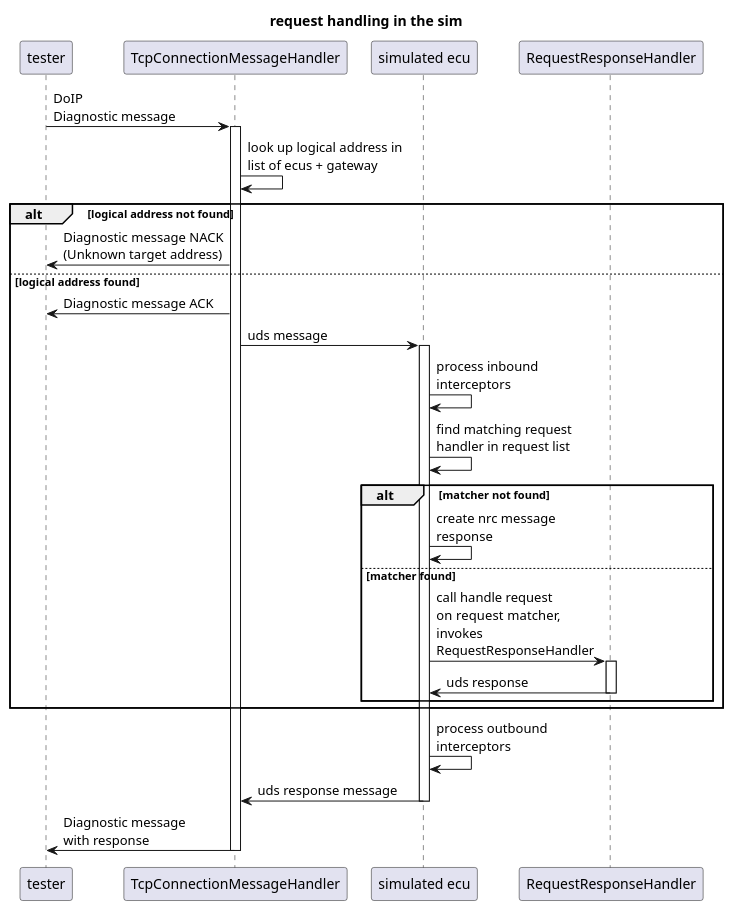
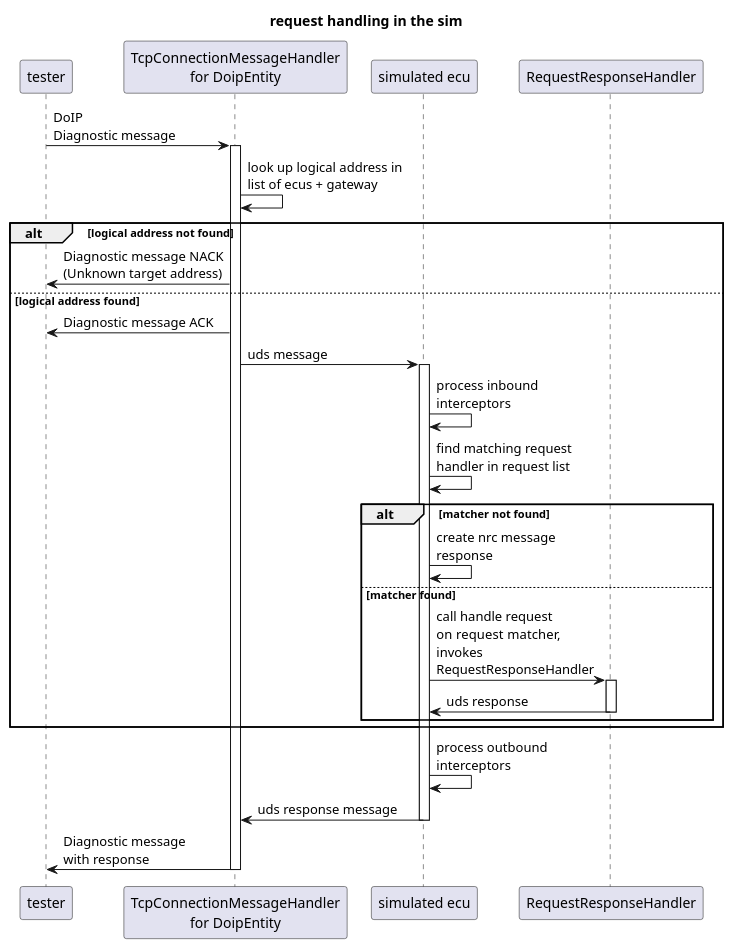
One commit to doip-sim-ecu/doip-sim-ecu-dsl changed the diagram in docs/request_sequence_overview.puml. Above: the diagram before and after it, drawn with PlantUML. The commit also changed 1 other file, not shown here.

```diff
--- a/docs/request_sequence_overview.puml
+++ b/docs/request_sequence_overview.puml
@@ -1,53 +1,53 @@
 @startuml
 
 title request handling in the sim
 
 participant tester
-participant TcpConnectionMessageHandler as mh
+participant "TcpConnectionMessageHandler\nfor DoipEntity" as mh
 participant "simulated ecu" as ecu
 participant RequestResponseHandler as rh
 
 tester -> mh : DoIP\nDiagnostic message
 
 activate mh
 mh -> mh : look up logical address in\nlist of ecus + gateway
 
 alt logical address not found
 mh -> tester : Diagnostic message NACK\n(Unknown target address)
 
 else logical address found
 
 mh -> tester : Diagnostic message ACK
 
 mh -> ecu : uds message
 activate ecu
 
 ecu -> ecu : process inbound\ninterceptors
 ecu -> ecu : find matching request\nhandler in request list
 
 alt matcher not found
 
 ecu -> ecu : create nrc message\nresponse
 
 
 else matcher found
 
 ecu -> rh : call handle request\non request matcher,\ninvokes\nRequestResponseHandler
 activate rh
 
 rh -> ecu : uds response
 deactivate rh
 
 end
 end
 
 ecu -> ecu : process outbound\ninterceptors
 ecu -> mh : uds response message
 
 deactivate ecu
 
 mh -> tester : Diagnostic message\nwith response
 
 deactivate mh
 
 @enduml
```
